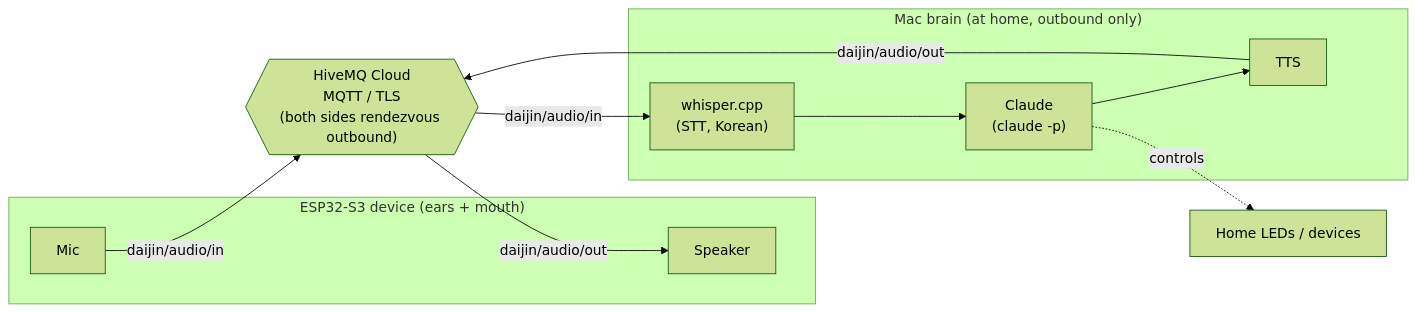
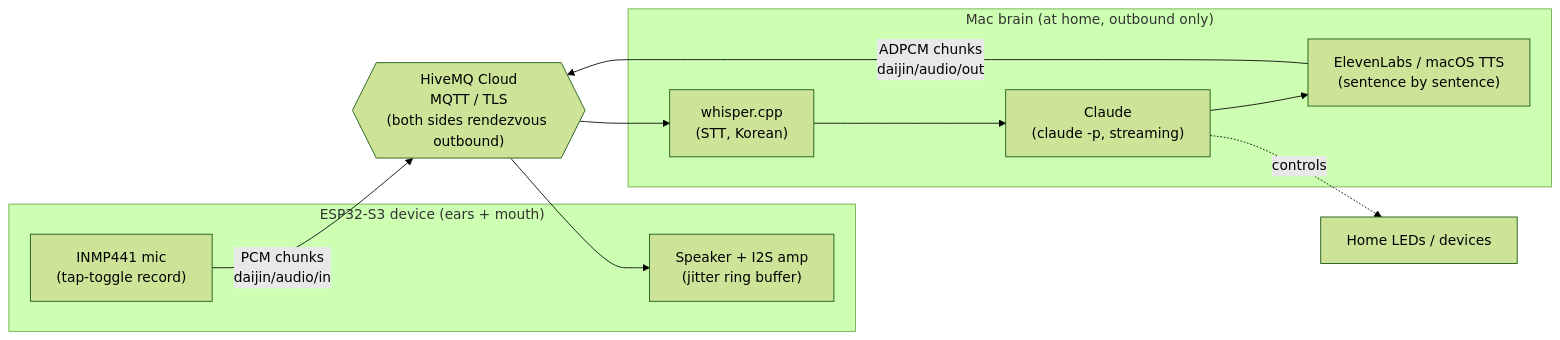
The diagram in README.md (nonasking/daijin), drawn with Mermaid (forest theme) before and after one commit. The commit also changed other lines of this file and 8 other files, not shown here.

First line of the commit message:
daijin Phase 2: the device listens and speaks — full streaming voice pipeline

````diff
--- a/README.md
+++ b/README.md
@@ -13,23 +23,23 @@
 ```mermaid
 flowchart LR
     subgraph device["ESP32-S3 device (ears + mouth)"]
-        MIC[Mic]
-        SPK[Speaker]
+        MIC["INMP441 mic<br/>(tap-toggle record)"]
+        SPK["Speaker + I2S amp<br/>(jitter ring buffer)"]
     end
 
     BROKER{{"HiveMQ Cloud<br/>MQTT / TLS<br/>(both sides rendezvous outbound)"}}
 
     subgraph brain["Mac brain (at home, outbound only)"]
         STT["whisper.cpp<br/>(STT, Korean)"]
-        AGENT["Claude<br/>(claude -p)"]
-        TTS[TTS]
+        AGENT["Claude<br/>(claude -p, streaming)"]
+        TTS["ElevenLabs / macOS TTS<br/>(sentence by sentence)"]
         STT --> AGENT --> TTS
     end
 
-    MIC -- "daijin/audio/in" --> BROKER
-    BROKER -- "daijin/audio/in" --> STT
-    TTS -- "daijin/audio/out" --> BROKER
-    BROKER -- "daijin/audio/out" --> SPK
+    MIC -- "PCM chunks<br/>daijin/audio/in" --> BROKER
+    BROKER --> STT
+    TTS -- "ADPCM chunks<br/>daijin/audio/out" --> BROKER
+    BROKER --> SPK
 
     AGENT -. "controls" .-> HOME["Home LEDs / devices"]
 ```
````
